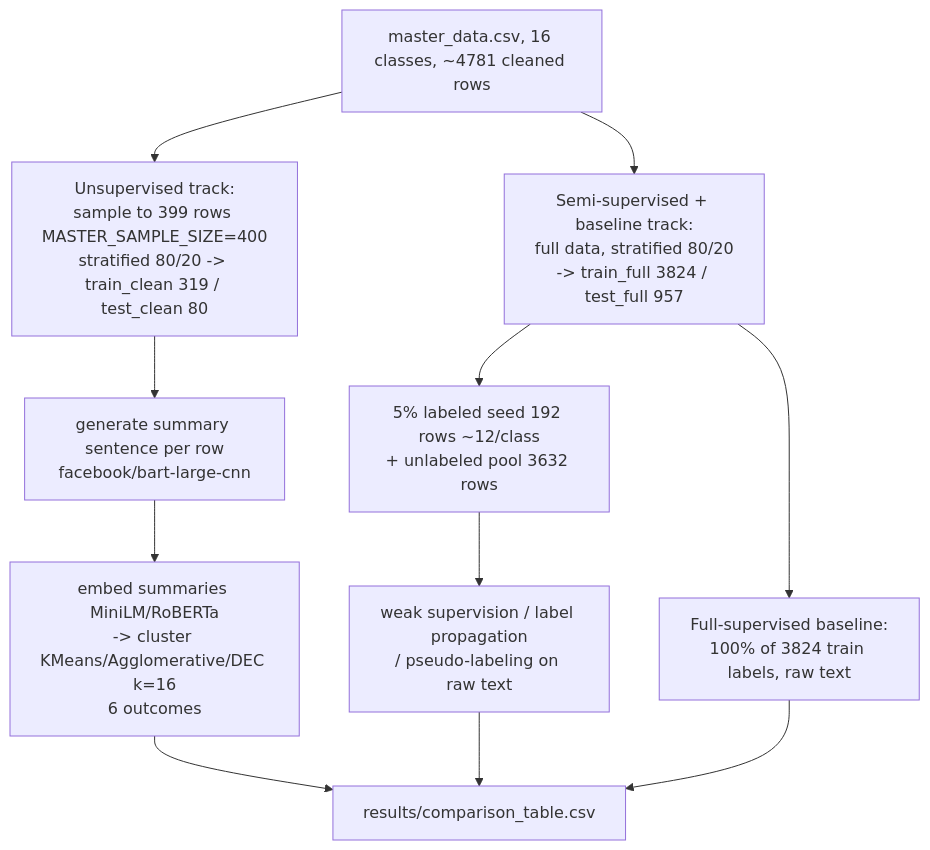
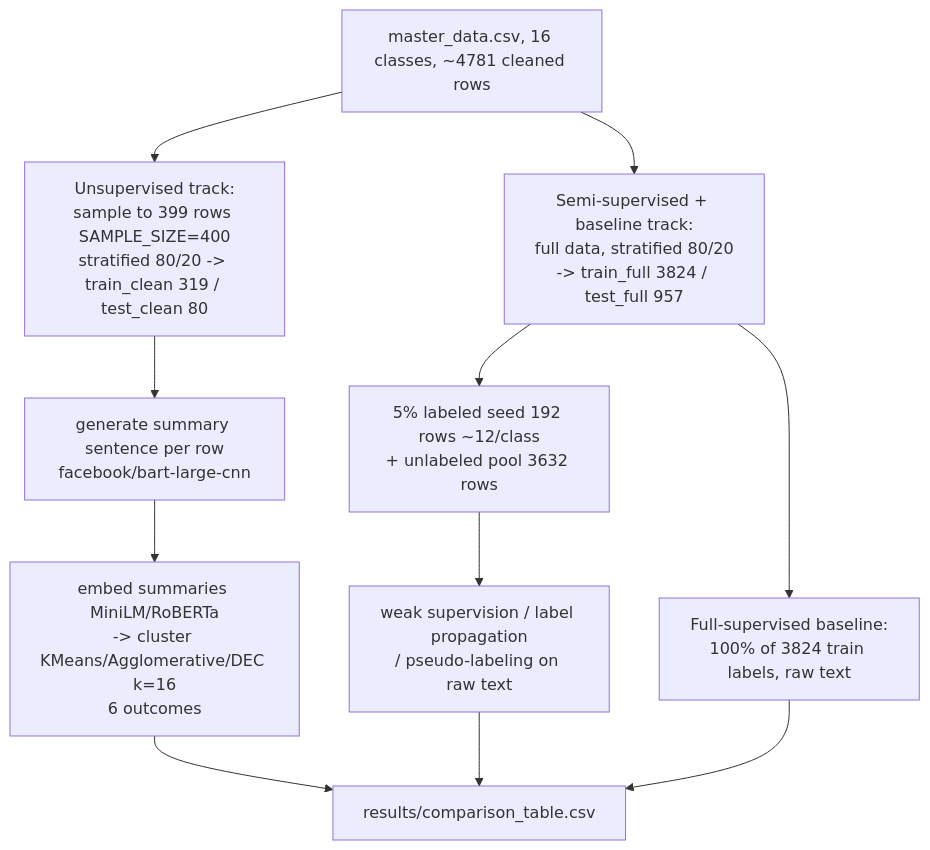
One commit to dg-ng/auto-labelling changed the first of 3 diagrams in PROJECT_SUMMARY.md. Above: the diagram before and after it, drawn with Mermaid. The commit also changed other lines of this file and 8 other files, not shown here.

````diff
--- a/PROJECT_SUMMARY.md
+++ b/PROJECT_SUMMARY.md
@@ -77,13 +77,13 @@
 ```mermaid
 flowchart TD
-    A[master_data.csv, 16 classes, ~4781 cleaned rows] --> B1[Unsupervised track:\nsample to 399 rows MASTER_SAMPLE_SIZE=400\nstratified 80/20 -> train_clean 319 / test_clean 80]
+    A[master_data.csv, 16 classes, ~4781 cleaned rows] --> B1[Unsupervised track:\nsample to 399 rows SAMPLE_SIZE=400\nstratified 80/20 -> train_clean 319 / test_clean 80]
     A --> B2[Semi-supervised + baseline track:\nfull data, stratified 80/20\n-> train_full 3824 / test_full 957]
     B1 --> D[generate summary sentence per row\nfacebook/bart-large-cnn]
     D --> E[embed summaries MiniLM/RoBERTa\n-> cluster KMeans/Agglomerative/DEC k=16\n6 outcomes]
     B2 --> F[5% labeled seed 192 rows ~12/class\n+ unlabeled pool 3632 rows]
     F --> G[weak supervision / label propagation\n/ pseudo-labeling on raw text]
     B2 --> H[Full-supervised baseline:\n100% of 3824 train labels, raw text]
     E --> I[results/comparison_table.csv]
     G --> I
     H --> I
 ```
````
